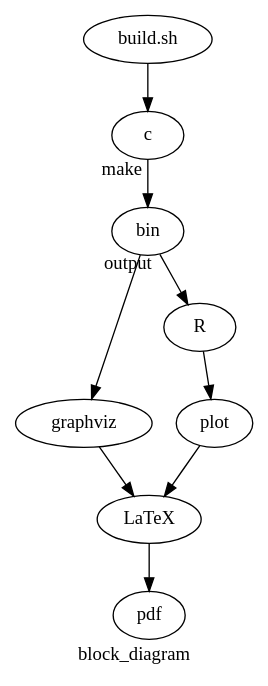
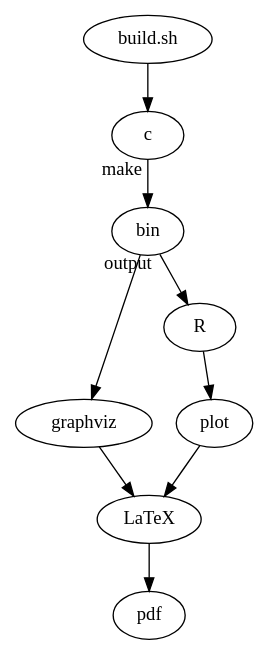
One commit to AnapatAut/SYS-101 changed the diagram in diagram.dot. Above: the diagram before and after it, drawn with Graphviz. The commit also changed 6 other files, not shown here.

```diff
--- a/diagram.dot
+++ b/diagram.dot
@@ -1,25 +1,23 @@
 digraph block_diagram
 {
-	label = "block_diagram";
-
 	input[style = invis, shape = point]
 	output[style = invis, shape = point]
 
 	a[shape = ellipse, label = "build.sh"]
 	b[shape = ellipse, label = "c"]
 	c[shape = ellipse, label = "bin"]
 	d[shape = ellipse, label = "graphviz"]
 	e[shape = ellipse, label = "R"]
 	f[shape = ellipse, label = "plot"]
 	g[shape = ellipse, label = "LaTeX"]
 	h[shape = ellipse, label = "pdf"]
 
 	a -> b
 	b -> c[taillabel = "make"]
 	c -> d
 	d -> g
 	c -> e[taillabel = "output"]
 	e -> f
 	f -> g
 	g -> h
 }
```
